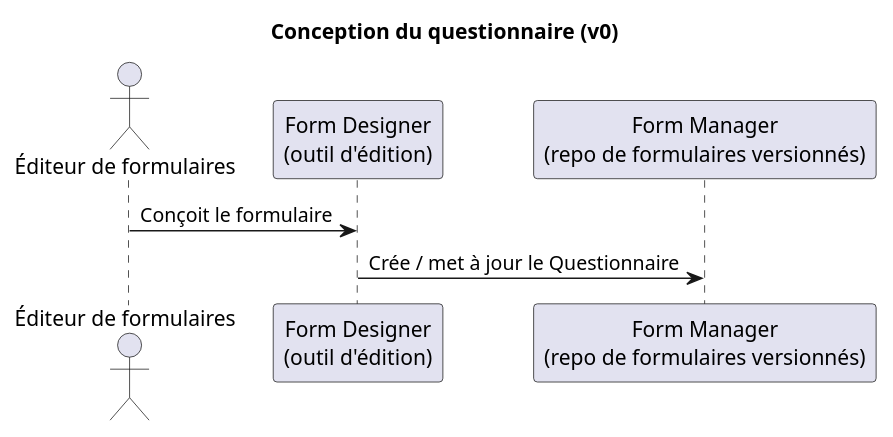
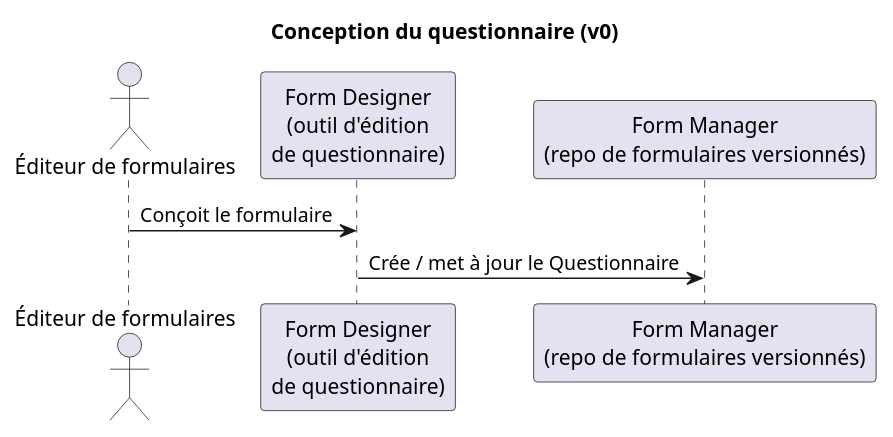
Before and after one commit to nriss/ig-test-dmso: the diagram in input/images-source/architecture-flux-conception.plantuml, drawn with PlantUML. The commit also changed 4 other files, not shown here.

Commit message:
Architecture : séparation outil d'édition / outil de remplissage, case Gestionnaire de questionnaires, AuditEvent

```diff
--- a/input/images-source/architecture-flux-conception.plantuml
+++ b/input/images-source/architecture-flux-conception.plantuml
@@ -1,11 +1,11 @@
 @startuml
 ' Version 0 - à améliorer
 title Conception du questionnaire (v0)
 
 actor "Éditeur de formulaires" as ED
-participant "Form Designer\n(outil d'édition)" as FD
+participant "Form Designer\n(outil d'édition\nde questionnaire)" as FD
 participant "Form Manager\n(repo de formulaires versionnés)" as FM
 
 ED -> FD : Conçoit le formulaire
 FD -> FM : Crée / met à jour le Questionnaire
 @enduml
```
